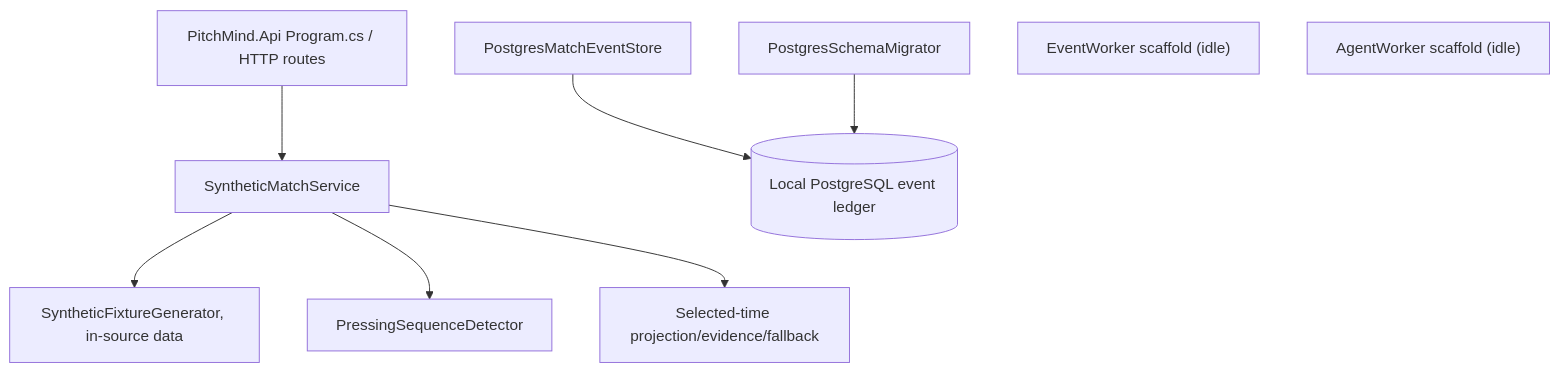
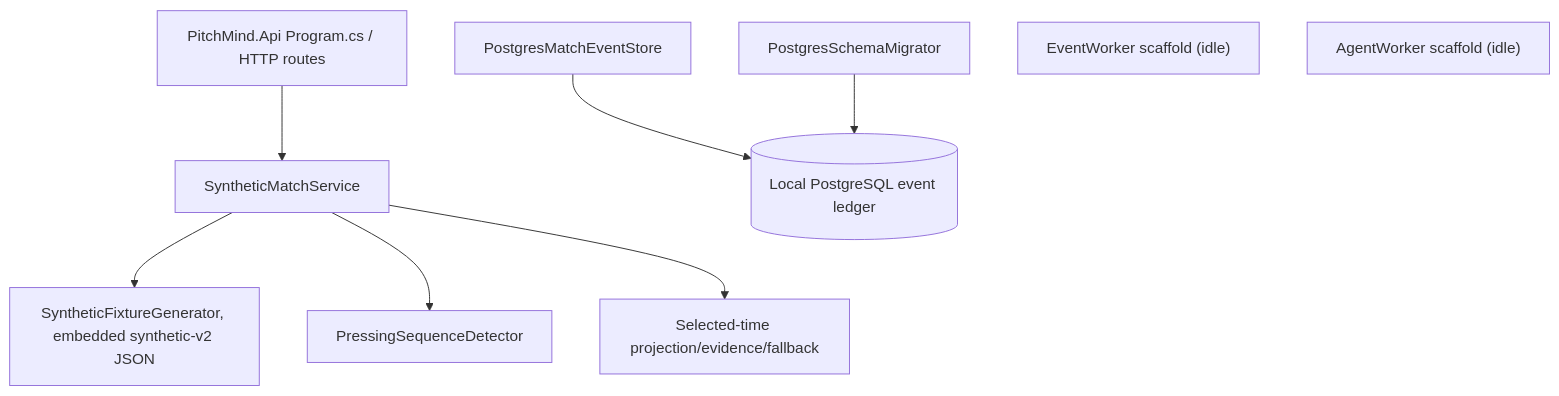
The first of 2 diagrams in docs/architecture/03-components.md (prateekgangopadhyay/PitchMind), drawn with Mermaid before and after one commit. The commit also changed other lines of this file and 10 other files, not shown here.

Commit message:
feat(EP03-S01): load synthetic fixture from JSON

````diff
--- a/docs/architecture/03-components.md
+++ b/docs/architecture/03-components.md
@@ -9,11 +9,11 @@
 ```mermaid
 flowchart TB
   API["PitchMind.Api Program.cs / HTTP routes"] --> Match["SyntheticMatchService"]
-  Match --> Fixture["SyntheticFixtureGenerator, in-source data"]
+  Match --> Fixture["SyntheticFixtureGenerator, embedded synthetic-v2 JSON"]
   Match --> Press["PressingSequenceDetector"]
   Match --> Replay["Selected-time projection/evidence/fallback"]
   Ledger["PostgresMatchEventStore"] --> DB[("Local PostgreSQL event ledger")]
   Migrator["PostgresSchemaMigrator"] --> DB
   EventWorker["EventWorker scaffold (idle)"]
   AgentWorker["AgentWorker scaffold (idle)"]
 ```
````
